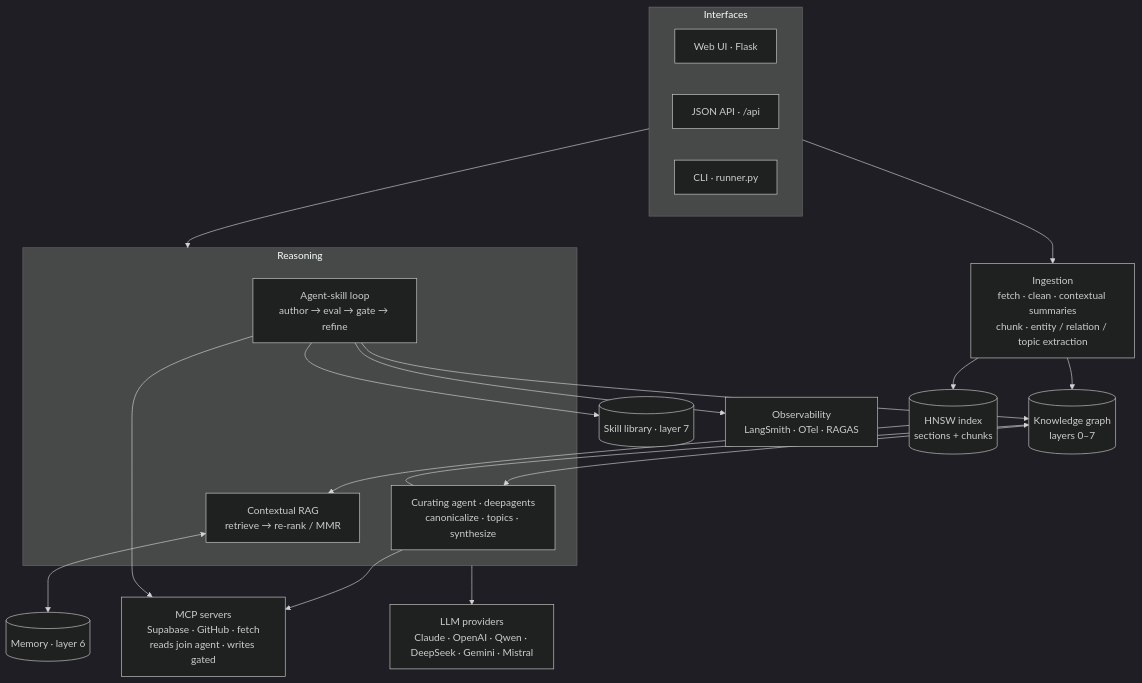
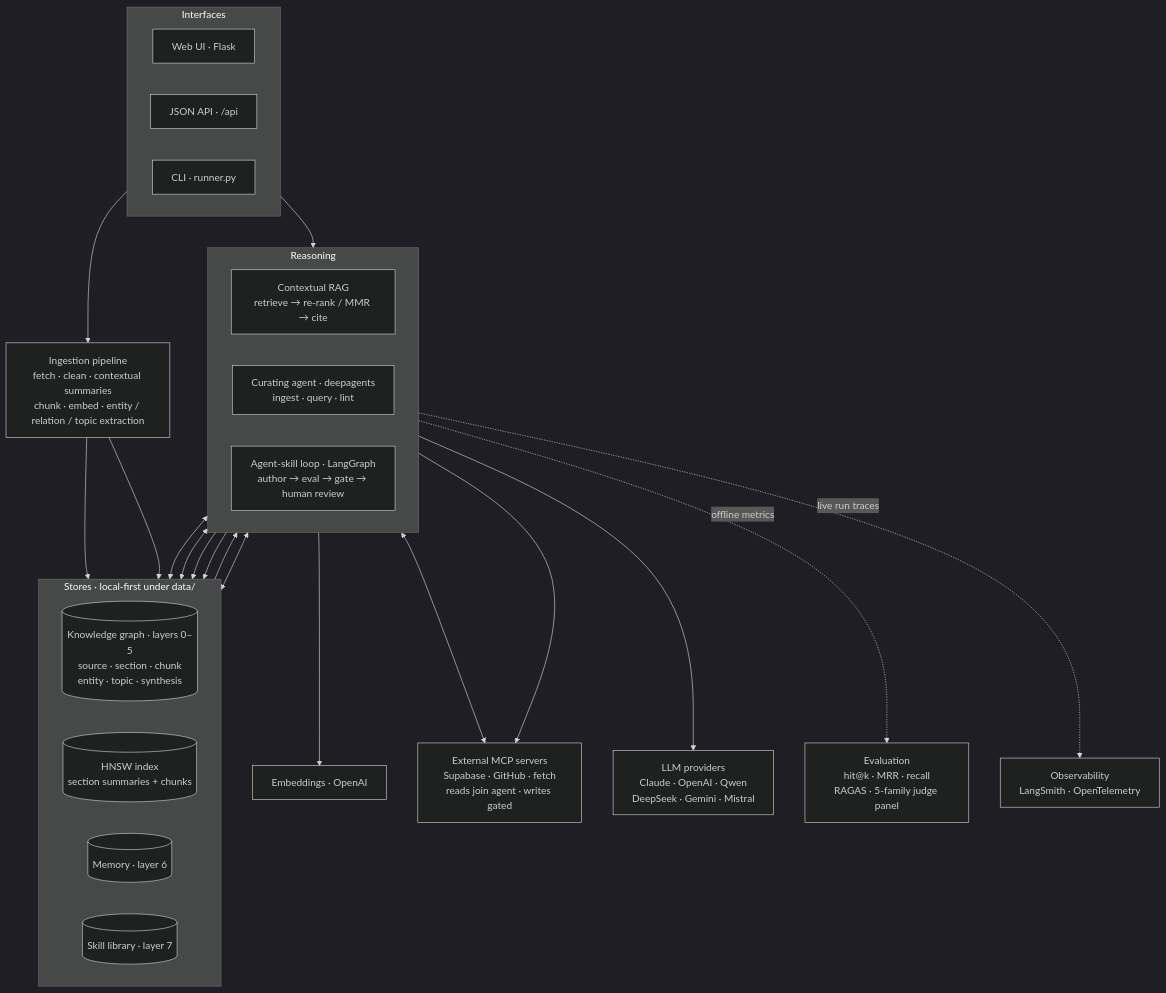
Before and after one commit to Lyra-stellAI/BYO-LLM-WIKI: the first of 3 diagrams in README.md, drawn with Mermaid (dark theme). The commit also changed other lines of this file, not shown here.

First line of the commit message:
docs: redraw architecture diagrams and fix RAGAS placement (#24)

````diff
--- a/README.md
+++ b/README.md
@@ -35,34 +36,46 @@
 ```mermaid
 flowchart TB
   subgraph IF["Interfaces"]
     direction LR
     UI["Web UI · Flask"]
     API["JSON API · /api"]
     CLI["CLI · runner.py"]
   end
 
-  ING["Ingestion<br/>fetch · clean · contextual summaries<br/>chunk · entity / relation / topic extraction"]
+  ING["Ingestion pipeline<br/>fetch · clean · contextual summaries<br/>chunk · embed · entity / relation / topic extraction"]
+
+  subgraph STORE["Stores · local-first under data/"]
+    direction LR
+    KG[("Knowledge graph · layers 0–5<br/>source · section · chunk<br/>entity · topic · synthesis")]
+    VEC[("HNSW index<br/>section summaries + chunks")]
+    MEM[("Memory · layer 6")]
+    SKL[("Skill library · layer 7")]
+  end
+
+  subgraph REASON["Reasoning"]
+    direction LR
+    RAG["Contextual RAG<br/>retrieve → re-rank / MMR → cite"]
+    AGENT["Curating agent · deepagents<br/>ingest · query · lint"]
+    SKILL["Agent-skill loop · LangGraph<br/>author → eval → gate → human review"]
+  end
+
   IF --> ING
   IF --> REASON
-
-  ING --> KG[("Knowledge graph<br/>layers 0–7")]
-  ING --> VEC[("HNSW index<br/>sections + chunks")]
-
-  subgraph REASON["Reasoning"]
-    RAG["Contextual RAG<br/>retrieve → re-rank / MMR"]
-    AGENT["Curating agent · deepagents<br/>canonicalize · topics · synthesize"]
-    SKILL["Agent-skill loop<br/>author → eval → gate → refine"]
-  end
+  ING --> KG
+  ING --> VEC
 
   VEC --> RAG
-  KG  --> AGENT
-  RAG <--> MEM[("Memory · layer 6")]
-  AGENT --> KG
-  SKILL --> SKL[("Skill library · layer 7")]
+  RAG --> EMB["Embeddings · OpenAI"]
+  RAG <--> MEM
+  KG <--> AGENT
+  AGENT <--> MEM
+  AGENT <--> MCP["External MCP servers<br/>Supabase · GitHub · fetch<br/>reads join agent · writes gated"]
+  SKILL --> SKL
   SKILL --> KG
+  SKILL --> MCP
 
-  REASON --> LLM["LLM providers<br/>Claude · OpenAI · Qwen · DeepSeek · Gemini · Mistral"]
-  AGENT  --> MCP["MCP servers<br/>Supabase · GitHub · fetch<br/>reads join agent · writes gated"]
-  SKILL  --> MCP
-  SKILL  --> OBS["Observability<br/>LangSmith · OTel · RAGAS"]
+  REASON --> LLM["LLM providers<br/>Claude · OpenAI · Qwen<br/>DeepSeek · Gemini · Mistral"]
+
+  REASON -.->|offline metrics| EVAL["Evaluation<br/>hit@k · MRR · recall<br/>RAGAS · 5-family judge panel"]
+  REASON -.->|live run traces| OBS["Observability<br/>LangSmith · OpenTelemetry"]
 ```
````
